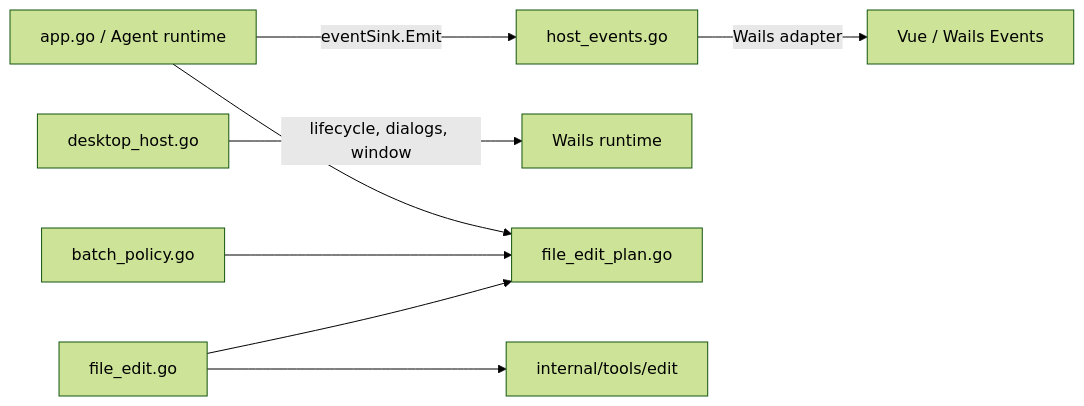
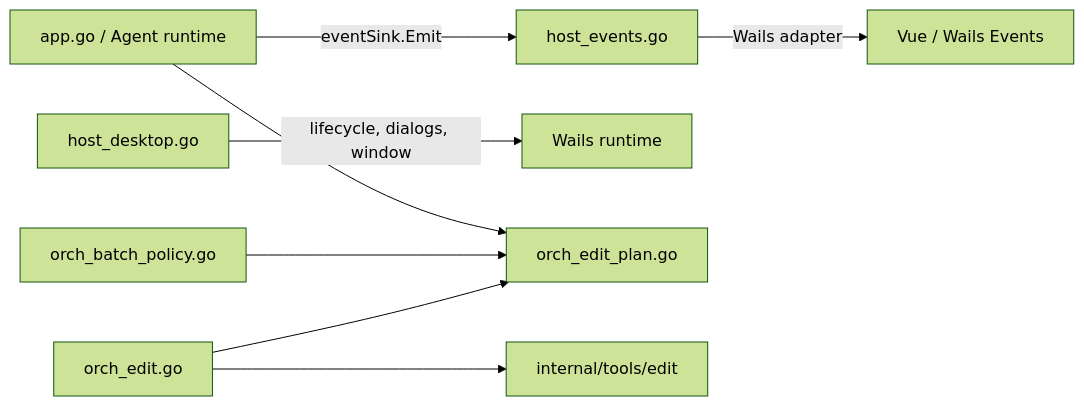
The fifth of 5 diagrams in CODEGRAPH.md (Bronya0/ally-agent), drawn with Mermaid (forest theme) before and after one commit. The commit also changed other lines of this file and 1 other file, not shown here.

````diff
--- a/CODEGRAPH.md
+++ b/CODEGRAPH.md
@@ -337,10 +339,10 @@
 ```mermaid
 flowchart LR
     Core[app.go / Agent runtime] -->|eventSink.Emit| EventBoundary[host_events.go]
     EventBoundary -->|Wails adapter| UI[Vue / Wails Events]
-    Desktop[desktop_host.go] -->|lifecycle, dialogs, window| Wails[Wails runtime]
-    Core --> EditPlan[file_edit_plan.go]
-    BatchPolicy[batch_policy.go] --> EditPlan
-    EditExecutor[file_edit.go] --> EditPlan
+    Desktop[host_desktop.go] -->|lifecycle, dialogs, window| Wails[Wails runtime]
+    Core --> EditPlan[orch_edit_plan.go]
+    BatchPolicy[orch_batch_policy.go] --> EditPlan
+    EditExecutor[orch_edit.go] --> EditPlan
     EditExecutor --> EditAlgorithms[internal/tools/edit]
 ```
````
